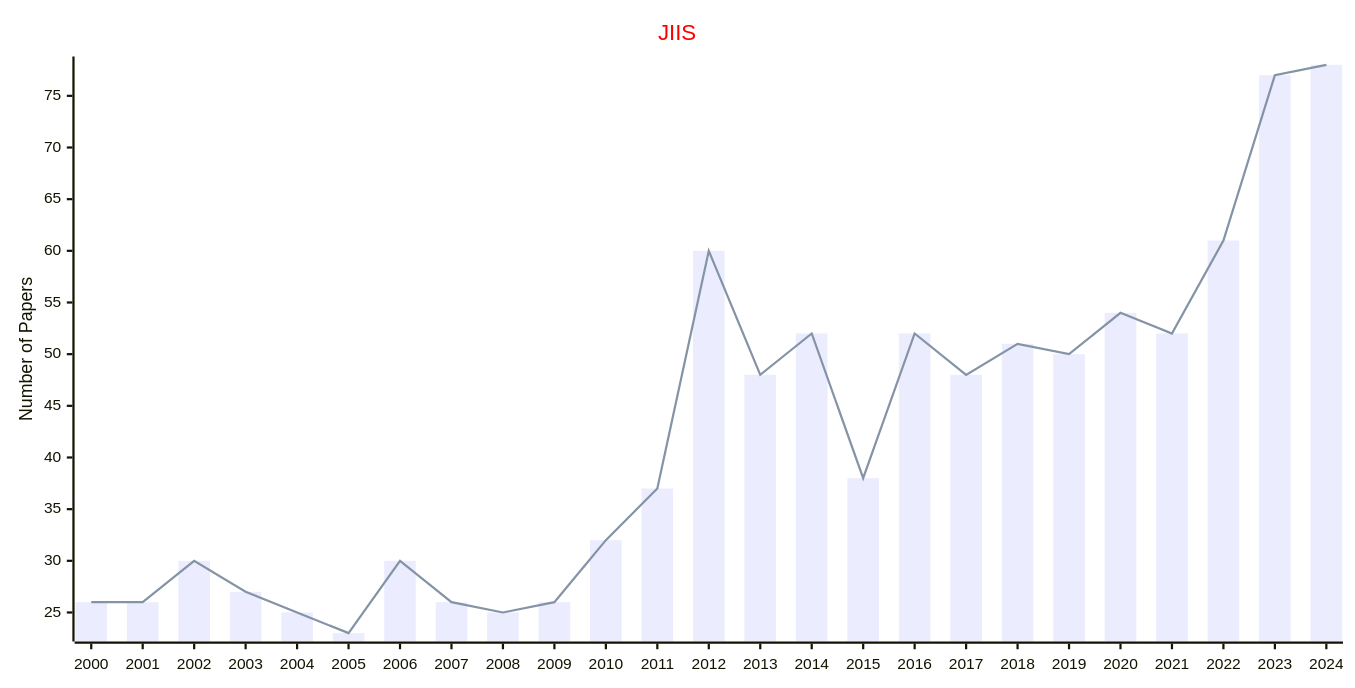
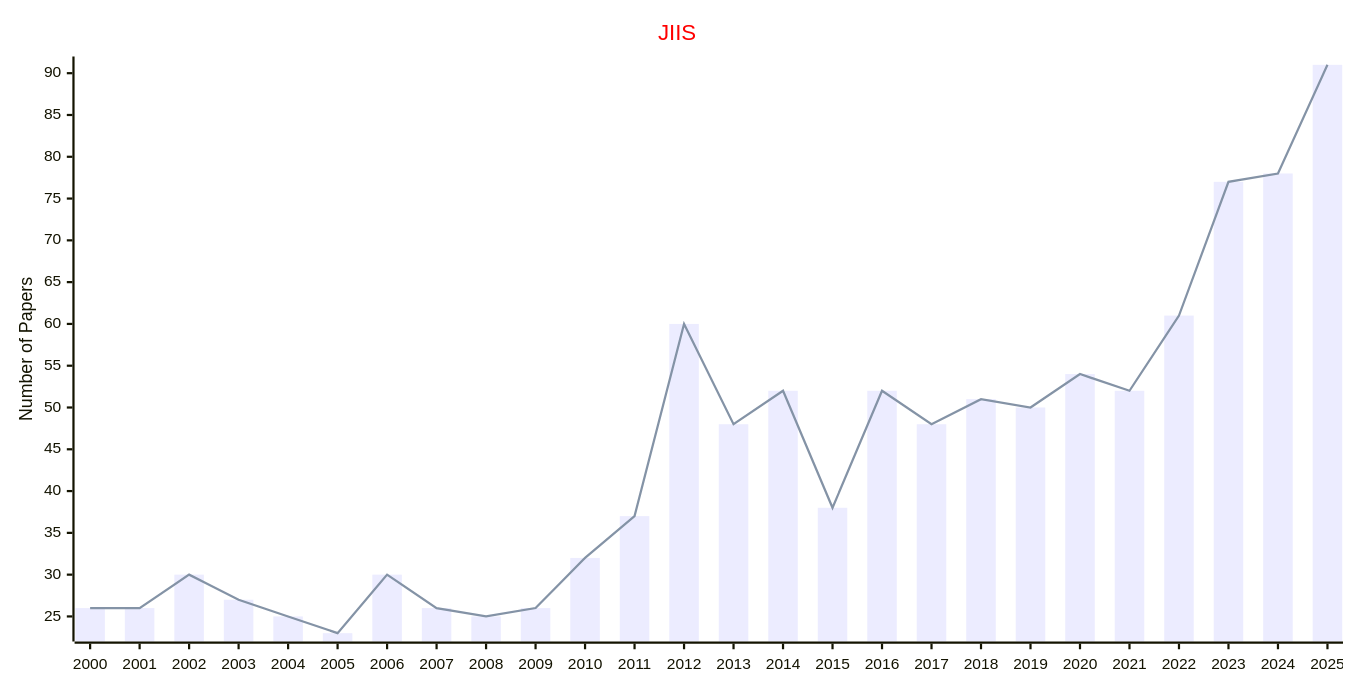
One commit to Easy-PhD/AILinks changed the seventh of 10 diagrams in docs/data/Journals/Statistics_Journals/Intelligent_Systems.md. Above: the diagram before and after it, drawn with Mermaid. The commit also changed other lines of this file and 107 other files, not shown here.

````diff
--- a/docs/data/Journals/Statistics_Journals/Intelligent_Systems.md
+++ b/docs/data/Journals/Statistics_Journals/Intelligent_Systems.md
@@ -153,17 +153,17 @@
 ```mermaid
 ---
 config:
     xyChart:
         width: 1200
         height: 600
     themeVariables:
         xyChart:
             titleColor: "#ff0000"
 ---
 xychart-beta
     title "JIIS"
-    x-axis [2000, 2001, 2002, 2003, 2004, 2005, 2006, 2007, 2008, 2009, 2010, 2011, 2012, 2013, 2014, 2015, 2016, 2017, 2018, 2019, 2020, 2021, 2022, 2023, 2024]
+    x-axis [2000, 2001, 2002, 2003, 2004, 2005, 2006, 2007, 2008, 2009, 2010, 2011, 2012, 2013, 2014, 2015, 2016, 2017, 2018, 2019, 2020, 2021, 2022, 2023, 2024, 2025]
     y-axis "Number of Papers"
-    bar [26, 26, 30, 27, 25, 23, 30, 26, 25, 26, 32, 37, 60, 48, 52, 38, 52, 48, 51, 50, 54, 52, 61, 77, 78]
-    line [26, 26, 30, 27, 25, 23, 30, 26, 25, 26, 32, 37, 60, 48, 52, 38, 52, 48, 51, 50, 54, 52, 61, 77, 78]
+    bar [26, 26, 30, 27, 25, 23, 30, 26, 25, 26, 32, 37, 60, 48, 52, 38, 52, 48, 51, 50, 54, 52, 61, 77, 78, 91]
+    line [26, 26, 30, 27, 25, 23, 30, 26, 25, 26, 32, 37, 60, 48, 52, 38, 52, 48, 51, 50, 54, 52, 61, 77, 78, 91]
 ```
````
